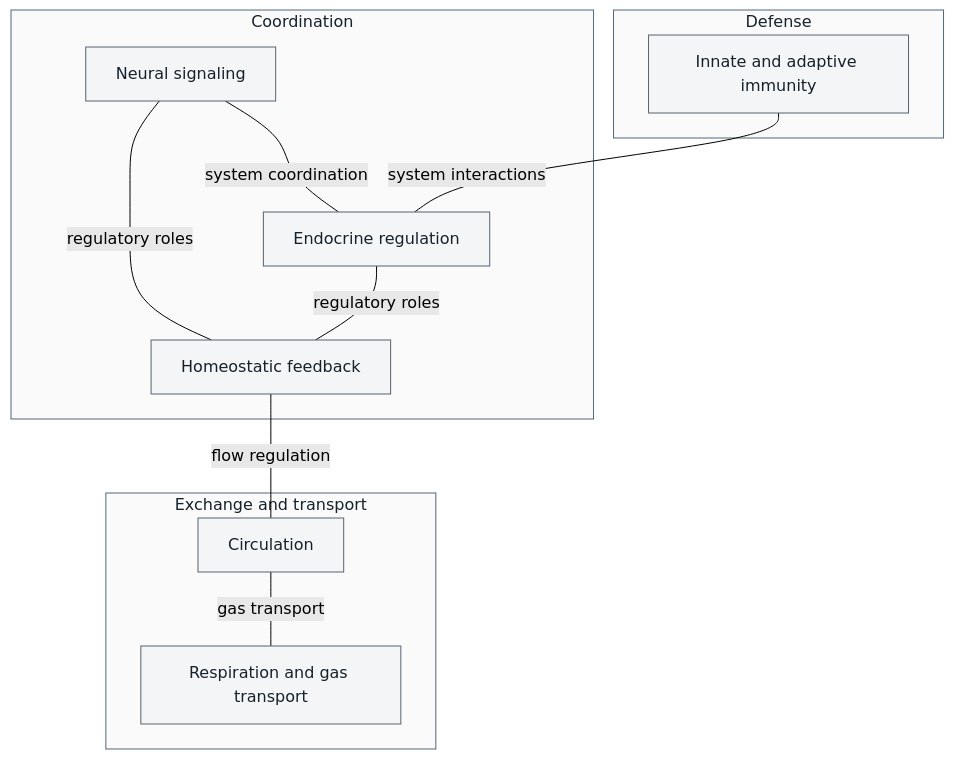
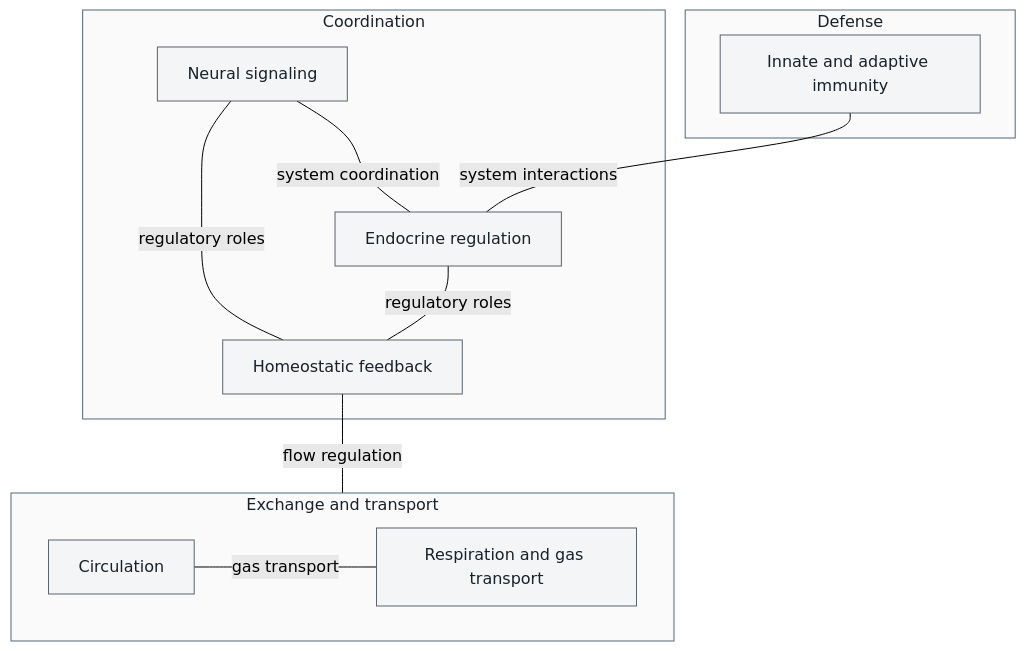
One commit to docxology/biology_textbook changed the diagram in docs/manuscript/unit_IX/unit_intro.md. Above: the diagram before and after it, drawn with Mermaid (forest theme). The commit also changed 18 other files, not shown here.

Commit message:
Close scientific peer findings and prove collision-free graphical overview sources

````diff
--- a/docs/manuscript/unit_IX/unit_intro.md
+++ b/docs/manuscript/unit_IX/unit_intro.md
@@ -48,29 +48,29 @@
 ```mermaid
 ---
 config:
   layout: dagre
 ---
 graph TD
     subgraph T["Exchange and transport"]
         C["Circulation"]
         R["Respiration and gas transport"]
     end
     subgraph S["Coordination"]
         N["Neural signaling"]
         E["Endocrine regulation"]
         H["Homeostatic feedback"]
     end
     subgraph D["Defense"]
         I["Innate and adaptive immunity"]
     end
     C ---|"gas transport"| R
     N ---|"system coordination"| E
     N ---|"regulatory roles"| H
     E ---|"regulatory roles"| H
-    H ---|"flow regulation"| C
+    H ---|"flow regulation"| T
     I ---|"system interactions"| E
     classDef default fill:#f4f5f6,stroke:#59636e,color:#17212b
     style T fill:#fafafa,stroke:#526777,color:#17212b
     style S fill:#fafafa,stroke:#526777,color:#17212b
     style D fill:#fafafa,stroke:#526777,color:#17212b
 ```
````
